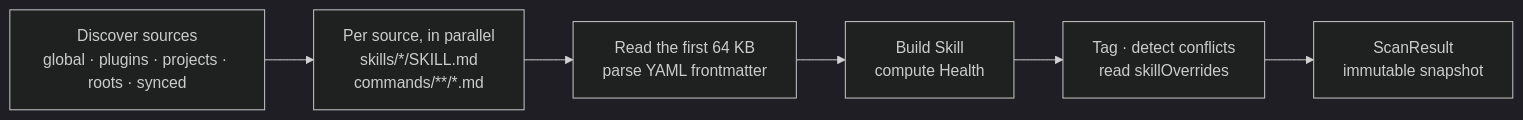
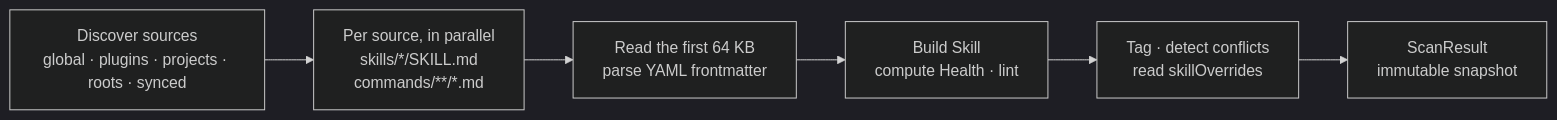
One commit to sburdenko/lustrum changed the diagram in docs/architecture.md. Above: the diagram before and after it, drawn with Mermaid (dark theme). The commit also changed other lines of this file and 47 other files, not shown here.

First line of the commit message:
feat: lint SKILL.md links and allowed-tools, and estimate each skill's context cost (#14)

````diff
--- a/docs/architecture.md
+++ b/docs/architecture.md
@@ -98,8 +98,8 @@
 ```mermaid
 flowchart LR
     A["Discover sources<br/>global · plugins · projects · roots · synced"] --> B["Per source, in parallel<br/>skills/*/SKILL.md<br/>commands/**/*.md"]
     B --> C["Read the first 64 KB<br/>parse YAML frontmatter"]
-    C --> D["Build Skill<br/>compute Health"]
+    C --> D["Build Skill<br/>compute Health · lint"]
     D --> E["Tag · detect conflicts<br/>read skillOverrides"]
     E --> F["ScanResult<br/>immutable snapshot"]
 ```
````
